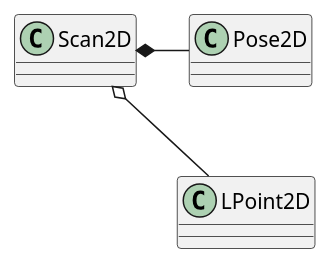
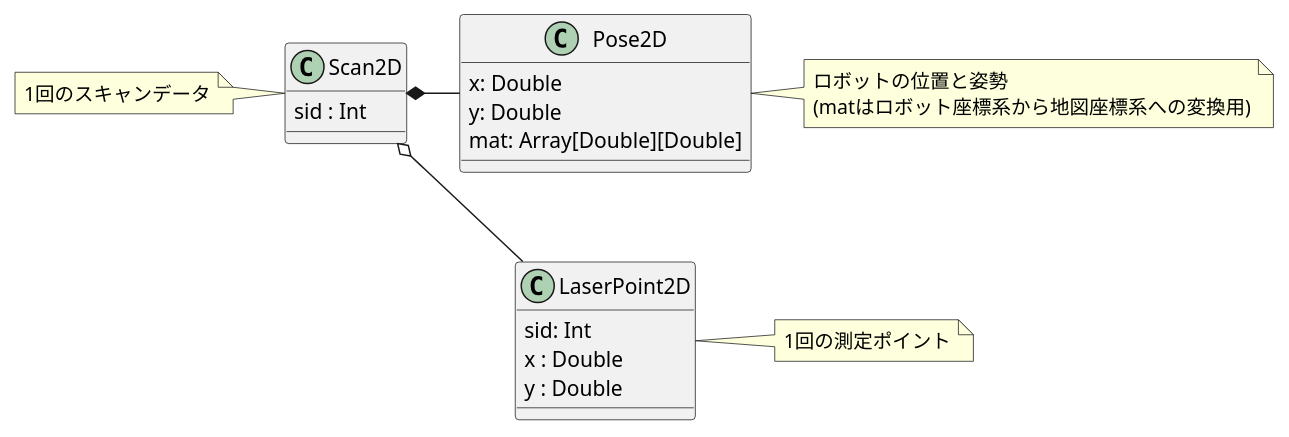
The diagram in slam/docs/class_entity.plantuml (horie-t/programming-study), drawn with PlantUML before and after one commit. The commit also changed 3 other files, not shown here.

```diff
--- a/slam/docs/class_entity.plantuml
+++ b/slam/docs/class_entity.plantuml
@@ -1,11 +1,30 @@
 @startuml
 together {
         class Pose2D
-        class LPoint2D        
+        class LaserPoint2D
 }
-Pose2D -down[hidden]- LPoint2D
+class Scan2D {
+sid : Int
+}
+note left of Scan2D : 1回のスキャンデータ
+
+class LaserPoint2D {
+sid: Int
+x : Double
+y : Double
+}
+note right : 1回の測定ポイント
+
+class Pose2D {
+x: Double
+y: Double
+mat: Array[Double][Double]
+}
+note right : ロボットの位置と姿勢\n(matはロボット座標系から地図座標系への変換用)
+
+Pose2D -down[hidden]- LaserPoint2D
 
 Scan2D *-right- Pose2D
-Scan2D o-- LPoint2D
+Scan2D o-- LaserPoint2D
 
 @enduml
```
